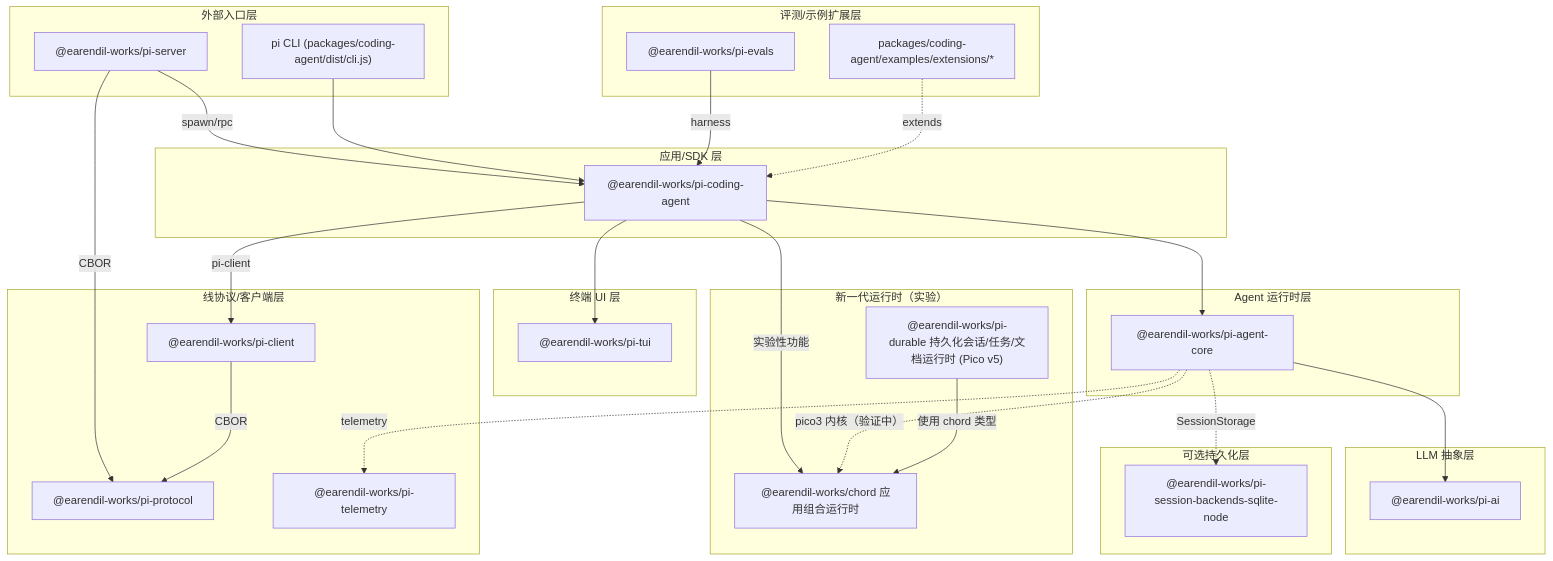
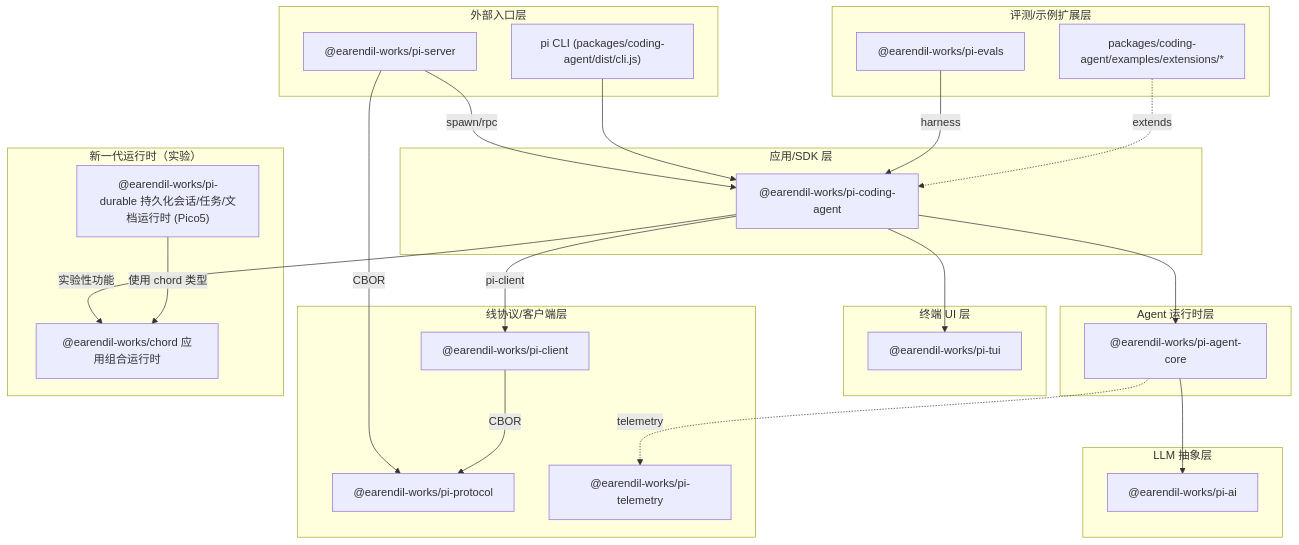
One commit to jefby/pi changed the second of 7 diagrams in docs/architecture.md. Above: the diagram before and after it, drawn with Mermaid. The commit also changed other lines of this file, not shown here.

Commit message:
docs: align architecture.md with upstream a276dabe5 (v1.0.0)

````diff
--- a/docs/architecture.md
+++ b/docs/architecture.md
@@ -91,59 +91,53 @@
 ```mermaid
 flowchart TB
     subgraph Layer7["外部入口层"]
         ServerPkg["@earendil-works/pi-server"]
         CodingAgentCli["pi CLI (packages/coding-agent/dist/cli.js)"]
     end
 
     subgraph Layer6["应用/SDK 层"]
         CodingAgent["@earendil-works/pi-coding-agent"]
     end
 
     subgraph Layer5["Agent 运行时层"]
         AgentCore["@earendil-works/pi-agent-core"]
     end
 
     subgraph Layer4["LLM 抽象层"]
         AI["@earendil-works/pi-ai"]
     end
 
     subgraph Layer3["终端 UI 层"]
         TUI["@earendil-works/pi-tui"]
     end
 
     subgraph Layer2["线协议/客户端层"]
         Protocol["@earendil-works/pi-protocol"]
         Client["@earendil-works/pi-client"]
         Telemetry["@earendil-works/pi-telemetry"]
     end
 
-    subgraph Layer1["可选持久化层"]
-        Storage["@earendil-works/pi-session-backends-sqlite-node"]
-    end
-
     subgraph Layer0["评测/示例扩展层"]
         Evals["@earendil-works/pi-evals"]
         Examples["packages/coding-agent/examples/extensions/*"]
     end
 
     subgraph LayerX["新一代运行时（实验）"]
         Chord["@earendil-works/chord 应用组合运行时"]
-        Durable["@earendil-works/pi-durable 持久化会话/任务/文档运行时 (Pico v5)"]
+        Durable["@earendil-works/pi-durable 持久化会话/任务/文档运行时 (Pico5)"]
     end
 
     ServerPkg -->|spawn/rpc| CodingAgent
     CodingAgentCli --> CodingAgent
     CodingAgent --> AgentCore
     CodingAgent --> TUI
     AgentCore --> AI
     ServerPkg -->|CBOR| Protocol
     Client -->|CBOR| Protocol
     CodingAgent -->|pi-client| Client
     CodingAgent -->|实验性功能| Chord
-    AgentCore -.->|SessionStorage| Storage
     AgentCore -.->|telemetry| Telemetry
-    AgentCore -.->|pico3 内核（验证中）| Chord
     Durable -->|使用 chord 类型| Chord
     Evals -->|harness| CodingAgent
     Examples -.->|extends| CodingAgent
 ```
````
